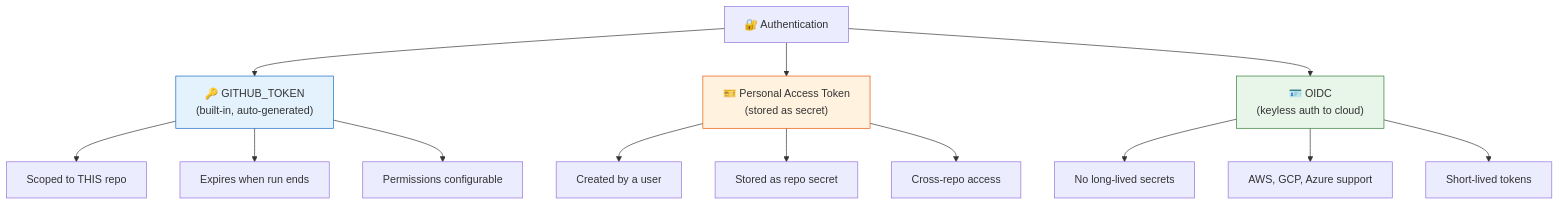
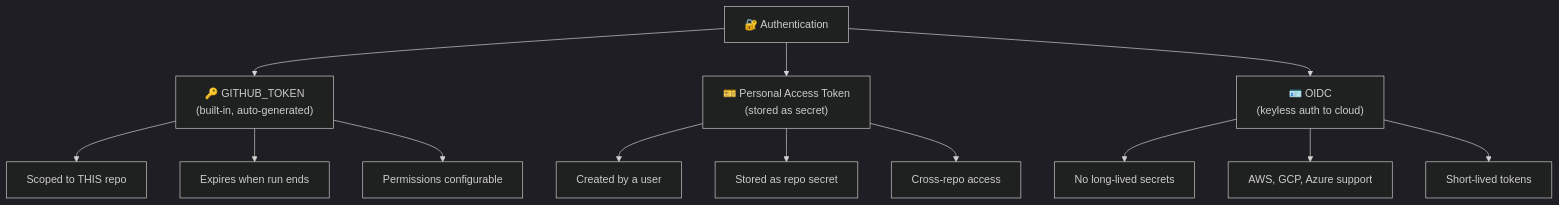
The first of 3 diagrams in 12-permissions-and-auth/README.md (vishutyagi0210/github-ci-cd-with-labs), drawn with Mermaid before and after one commit. The commit also changed other lines of this file and 13 other files, not shown here.

Commit message:
fix: switch all mermaid diagrams to dark theme for better readability

````diff
--- a/12-permissions-and-auth/README.md
+++ b/12-permissions-and-auth/README.md
@@ -9,22 +9,20 @@
 ```mermaid
+%%{init: {"theme": "dark"}}%%
 graph TD
     AUTH["🔐 Authentication"] --> TOKEN["🔑 GITHUB_TOKEN<br/>(built-in, auto-generated)"]
     AUTH --> PAT["🎫 Personal Access Token<br/>(stored as secret)"]
     AUTH --> OIDC["🪪 OIDC<br/>(keyless auth to cloud)"]
 
     TOKEN --> T1["Scoped to THIS repo"]
     TOKEN --> T2["Expires when run ends"]
     TOKEN --> T3["Permissions configurable"]
 
     PAT --> P1["Created by a user"]
     PAT --> P2["Stored as repo secret"]
     PAT --> P3["Cross-repo access"]
 
     OIDC --> O1["No long-lived secrets"]
     OIDC --> O2["AWS, GCP, Azure support"]
     OIDC --> O3["Short-lived tokens"]
 
-    style TOKEN fill:#e3f2fd,stroke:#1565c0
-    style PAT fill:#fff3e0,stroke:#e65100
-    style OIDC fill:#e8f5e9,stroke:#2e7d32
 ```
````
